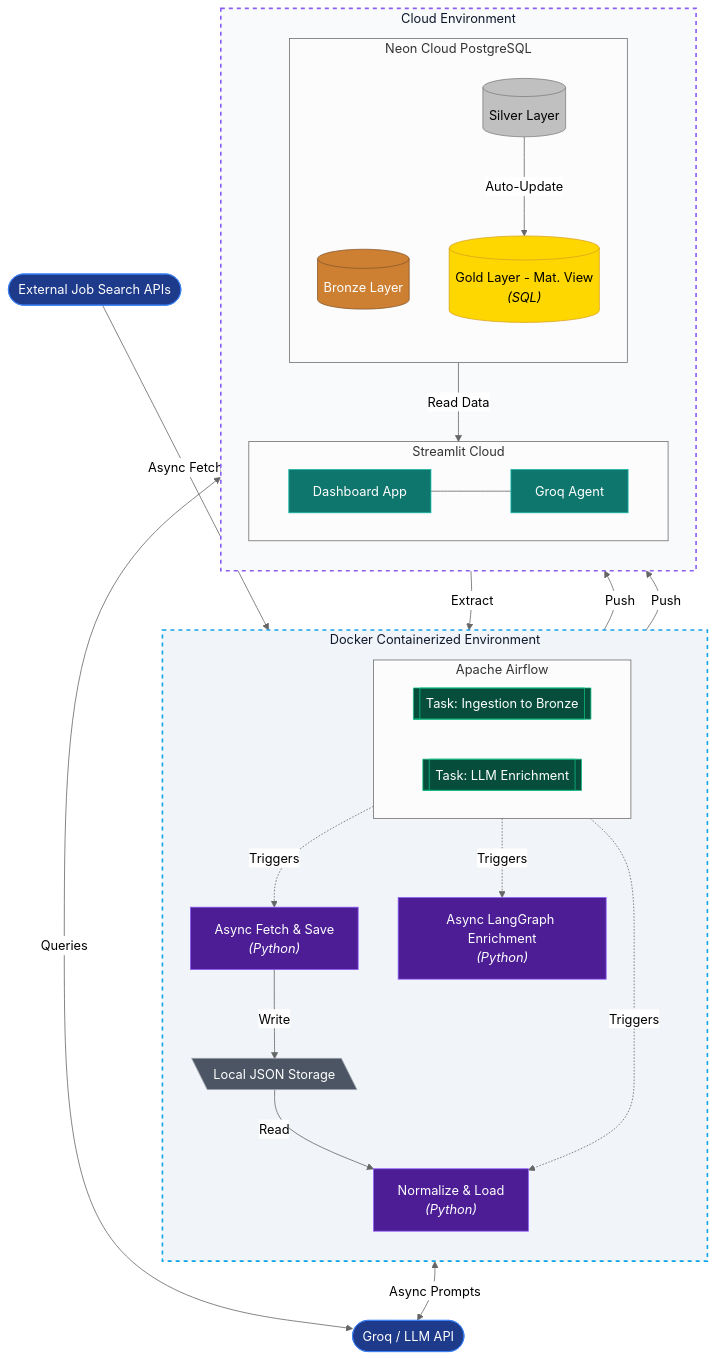
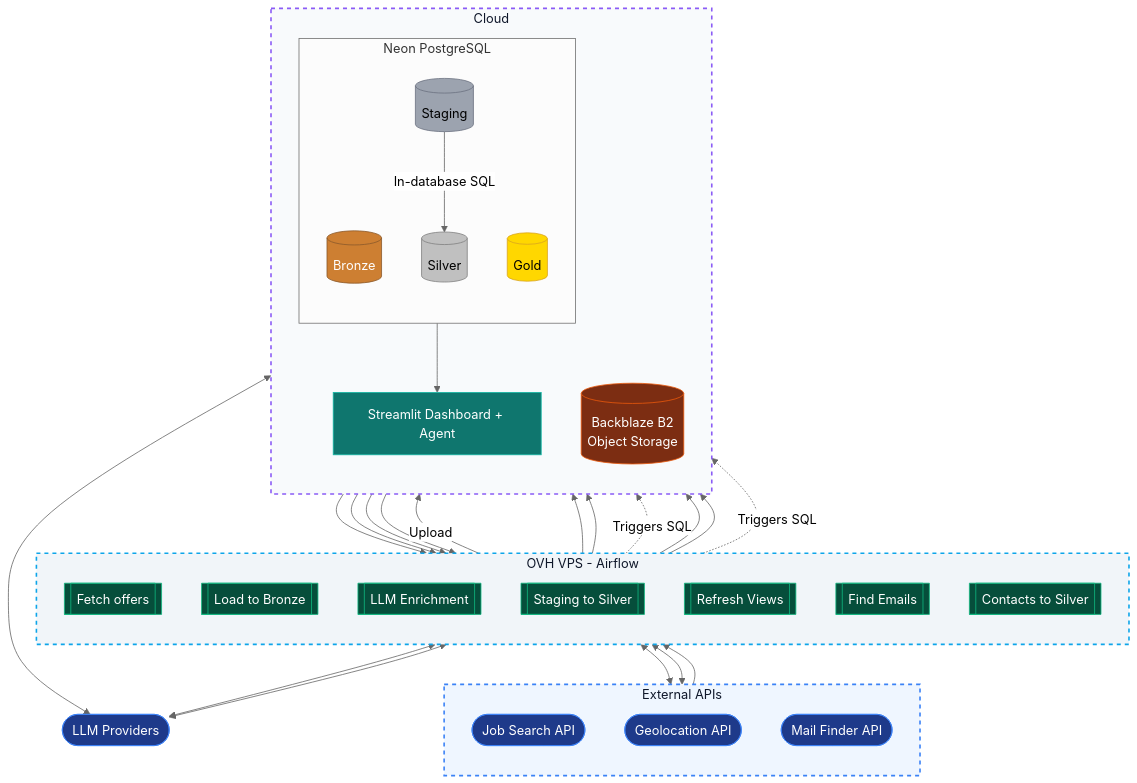
The diagram in docs/Pipeline.md (BigDataCorrompu/InternshipLatam), drawn with Mermaid (neutral theme) before and after one commit. The commit also changed 3 other files, not shown here.

````diff
--- a/docs/Pipeline.md
+++ b/docs/Pipeline.md
@@ -3,94 +3,86 @@
 ```mermaid
 graph TB
-    %% --- Entités Externes Haut ---
-    ExtAPI([External Job Search APIs])
-    GroqAPI([Groq / LLM API])
+    subgraph APIs [External APIs]
+        direction TB
+        ExtAPI([Job Search API])
+        GeoAPI([Geolocation API])
+        MailFinderAPI([Mail Finder API])
+    end
 
-    %% --- Environnement Local Docker ---
-    subgraph Docker [Docker Containerized Environment]
+    LLM([LLM Providers])
+
+    subgraph VPS [OVH VPS - Airflow]
         direction TB
-        
-        subgraph Airflow [Apache Airflow]
-            direction LR
-            TaskIngest[[Task: Ingestion to Bronze]]
-            TaskEnrich[[Task: LLM Enrichment]]
+        Fetch[[Fetch offers]]
+        LoadBronze[[Load to Bronze]]
+        Enrich[[LLM Enrichment]]
+        ToSilver[[Staging to Silver]]
+        Views[[Refresh Views]]
+        Mails[[Find Emails]]
+        ToContacts[[Contacts to Silver]]
+    end
+
+    subgraph Cloud [Cloud]
+        direction TB
+        B2[(Backblaze B2<br/>Object Storage)]
+
+        subgraph DB [Neon PostgreSQL]
+            direction TB
+            Bronze[(Bronze)]
+            Staging[(Staging)]
+            Silver[(Silver)]
+            Gold[(Gold)]
         end
 
-        Fetch["Async Fetch & Save<br/><i>(Python)</i>"]
-        LocalJSON[\Local JSON Storage\]
-        Norm["Normalize & Load<br/><i>(Python)</i>"]
-        LangGraph["Async LangGraph Enrichment<br/><i>(Python)</i>"]
-
-        %% Orchestration locale
-        TaskIngest -.->|Triggers| Fetch
-        TaskIngest -.->|Triggers| Norm
-        TaskEnrich -.->|Triggers| LangGraph
-
-        %% Flux local
-        Fetch -->|Write| LocalJSON
-        LocalJSON -->|Read| Norm
+        Dashboard[Streamlit Dashboard + Agent]
     end
 
-    %% --- Environnement Cloud ---
-    subgraph Cloud [Cloud Environment]
-        direction TB
-        
-        subgraph DB [Neon Cloud PostgreSQL]
-            direction TB
-            Bronze[(Bronze Layer)]
-            Silver[(Silver Layer)]
-            Gold[("Gold Layer - Mat. View<br/><i>(SQL)</i>")]
-        end
+    ExtAPI --> Fetch
+    Fetch -->|Upload| B2
+    B2 --> LoadBronze
+    LoadBronze --> Bronze
 
-        subgraph Streamlit [Streamlit Cloud]
-            direction LR
-            Dashboard[Dashboard App]
-            Agent[Groq Agent]
-        end
-    end
+    Bronze --> Enrich
+    Enrich <--> LLM
+    Enrich <--> GeoAPI
+    Enrich --> Staging
 
-    %% --- FLUX DE DONNÉES GLOBAUX ---
-    %% 1. Ingestion depuis le haut
-    ExtAPI -->|Async Fetch| Fetch
-    Norm -->|Push| Bronze
+    ToSilver -.->|Triggers SQL| Staging
+    Staging -->|In-database SQL| Silver
 
-    %% 2. Boucle d'enrichissement
-    Bronze -->|Extract| LangGraph
-    LangGraph <-->|Async Prompts| GroqAPI
-    LangGraph -->|Push| Silver
+    Silver --> Views
+    Views --> Gold
 
-    %% 3. Transformation interne BDD
-    Silver -->|Auto-Update| Gold
+    Silver --> Mails
+    Mails <--> LLM
+    Mails <--> MailFinderAPI
+    Mails --> Staging
+    ToContacts -.->|Triggers SQL| Staging
 
-    %% 4. Consommation applicative
-    Gold -->|Read Data| Dashboard
-    Dashboard --- Agent
-    Agent <-->|Queries| GroqAPI
+    Gold --> Dashboard
+    Dashboard <--> LLM
 
-    %% --- Styles ---
     classDef external fill:#1e3a8a,stroke:#3b82f6,color:#fff;
-    classDef python fill:#4c1d95,stroke:#8b5cf6,color:#fff;
-    classDef storage fill:#4b5563,stroke:#9ca3af,color:#fff;
     classDef airflow_task fill:#064e3b,stroke:#10b981,color:#fff;
     classDef cloud_app fill:#0f766e,stroke:#14b8a6,color:#fff;
-    classDef docker_env fill:#f1f5f9,stroke:#0ea5e9,stroke-width:2px,stroke-dasharray: 5 5,color:#0f172a;
+    classDef api_env fill:#eff6ff,stroke:#3b82f6,stroke-width:2px,stroke-dasharray: 5 5,color:#0f172a;
+    classDef vps_env fill:#f1f5f9,stroke:#0ea5e9,stroke-width:2px,stroke-dasharray: 5 5,color:#0f172a;
     classDef cloud_env fill:#f8fafc,stroke:#8b5cf6,stroke-width:2px,stroke-dasharray: 5 5,color:#0f172a;
-
-    %% Couleurs spécifiques pour les couches Medallion
+    classDef bucket fill:#7c2d12,stroke:#ea580c,color:#fff;
     classDef bronze fill:#cd7f32,stroke:#8b5a2b,color:#fff;
+    classDef staging fill:#9ca3af,stroke:#6b7280,color:#000;
     classDef silver fill:#c0c0c0,stroke:#808080,color:#000;
     classDef gold fill:#ffd700,stroke:#daa520,color:#000;
 
-    class ExtAPI,GroqAPI external;
-    class Fetch,Norm,LangGraph python;
-    class LocalJSON storage;
-    class TaskIngest,TaskEnrich airflow_task;
-    class Dashboard,Agent cloud_app;
-    class Docker docker_env;
+    class ExtAPI,LLM,GeoAPI,MailFinderAPI external;
+    class Fetch,LoadBronze,Enrich,ToSilver,Views,Mails,ToContacts airflow_task;
+    class Dashboard cloud_app;
+    class APIs api_env;
+    class VPS vps_env;
     class Cloud cloud_env;
-    
-    %% Application des couleurs métalliques
+    class B2 bucket;
     class Bronze bronze;
+    class Staging staging;
     class Silver silver;
     class Gold gold;
 ```
````
